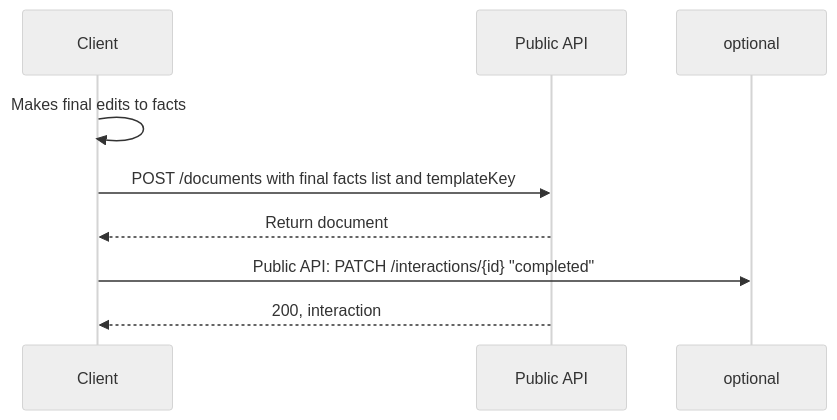
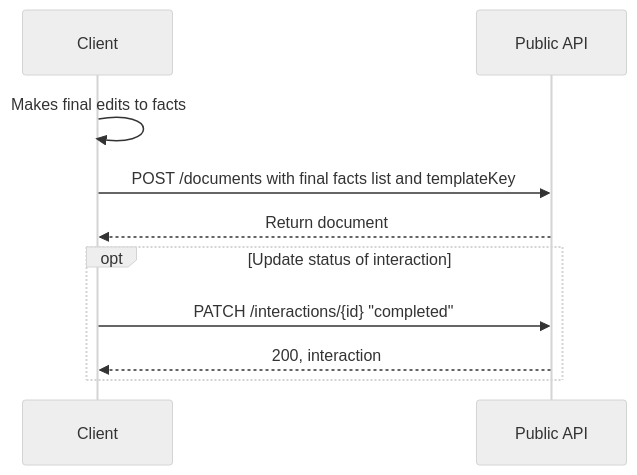
One commit to corticph/docs_corti changed the diagram in get_started/templates.mdx. Above: the diagram before and after it, drawn with Mermaid (neutral theme). The commit also changed other lines of this file, not shown here.

````diff
--- a/get_started/templates.mdx
+++ b/get_started/templates.mdx
@@ -57,12 +57,14 @@
  ```mermaid
        sequenceDiagram
        participant Client
        participant Public API
 
        Client->>Client: Makes final edits to facts
        Client->>Public API: POST /documents with final facts list and templateKey
        Public API-->>Client: Return document
 
-       Client ->> optional: Public API: PATCH /interactions/{id} "completed"
+       opt Update status of interaction
+       Client ->> Public API: PATCH /interactions/{id} "completed"
        Public API -->> Client: 200, interaction
+       end
     ```
````
